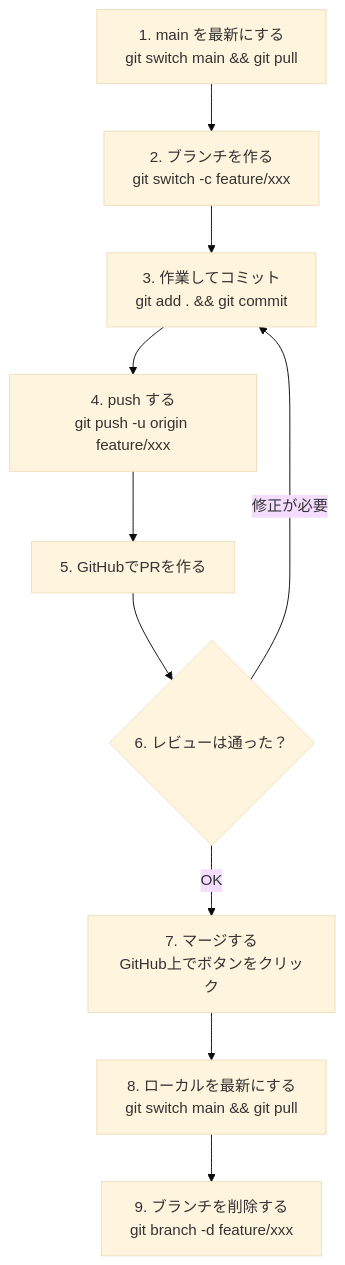
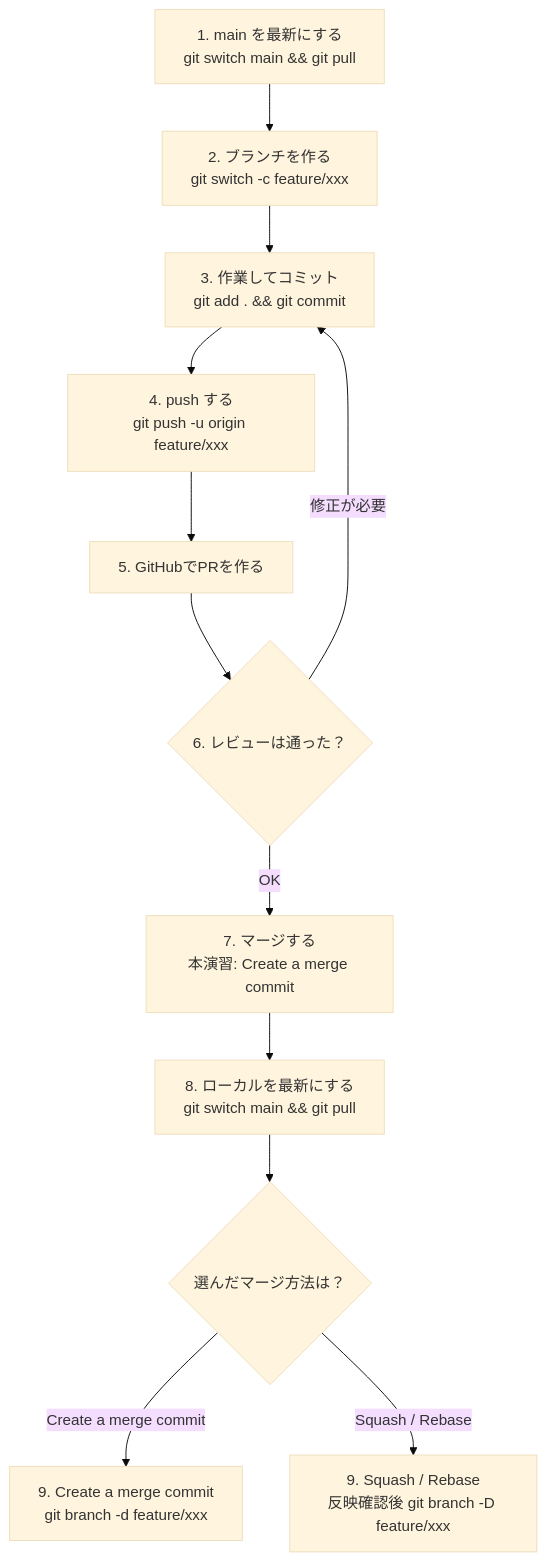
Before and after one commit to kwaka1208/zenn: the fifth of 5 diagrams in books/git-github-tutorial/13_pull-request.md, drawn with Mermaid (base theme). The commit also changed other lines of this file and 17 other files, not shown here.

````diff
--- a/books/git-github-tutorial/13_pull-request.md
+++ b/books/git-github-tutorial/13_pull-request.md
@@ -318,15 +331,19 @@
 ```mermaid
 flowchart TD
     A["1. main を最新にする<br/>git switch main && git pull"]
     B["2. ブランチを作る<br/>git switch -c feature/xxx"]
     C["3. 作業してコミット<br/>git add . && git commit"]
     D["4. push する<br/>git push -u origin feature/xxx"]
     E["5. GitHubでPRを作る"]
     F{"6. レビューは通った？"}
-    G["7. マージする<br/>GitHub上でボタンをクリック"]
+    G["7. マージする<br/>本演習: Create a merge commit"]
     H["8. ローカルを最新にする<br/>git switch main && git pull"]
-    I["9. ブランチを削除する<br/>git branch -d feature/xxx"]
+    J{"選んだマージ方法は？"}
+    I["9. Create a merge commit<br/>git branch -d feature/xxx"]
+    K["9. Squash / Rebase<br/>反映確認後 git branch -D feature/xxx"]
     A --> B --> C --> D --> E --> F
     F -- "修正が必要" --> C
-    F -- "OK" --> G --> H --> I
+    F -- "OK" --> G --> H --> J
+    J -- "Create a merge commit" --> I
+    J -- "Squash / Rebase" --> K
 ```
````
